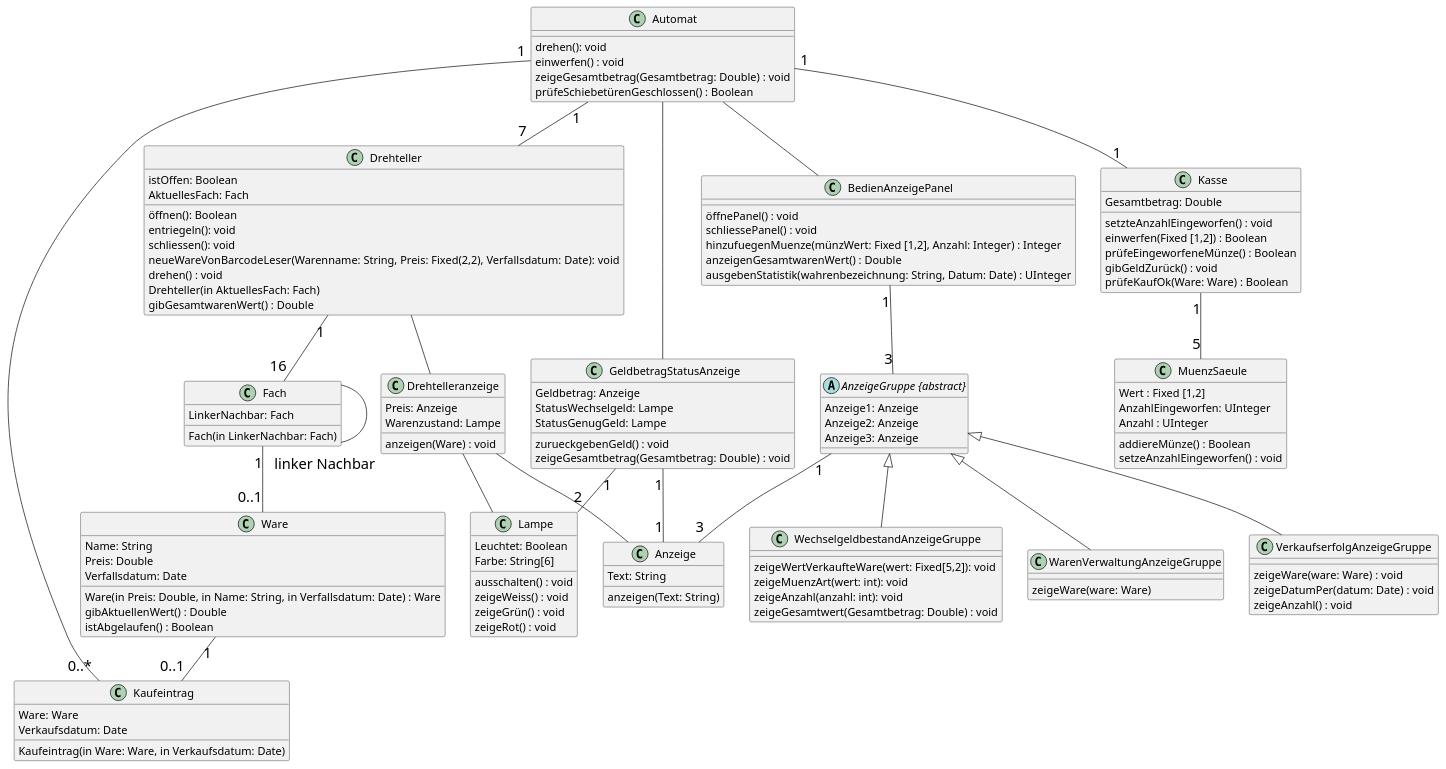
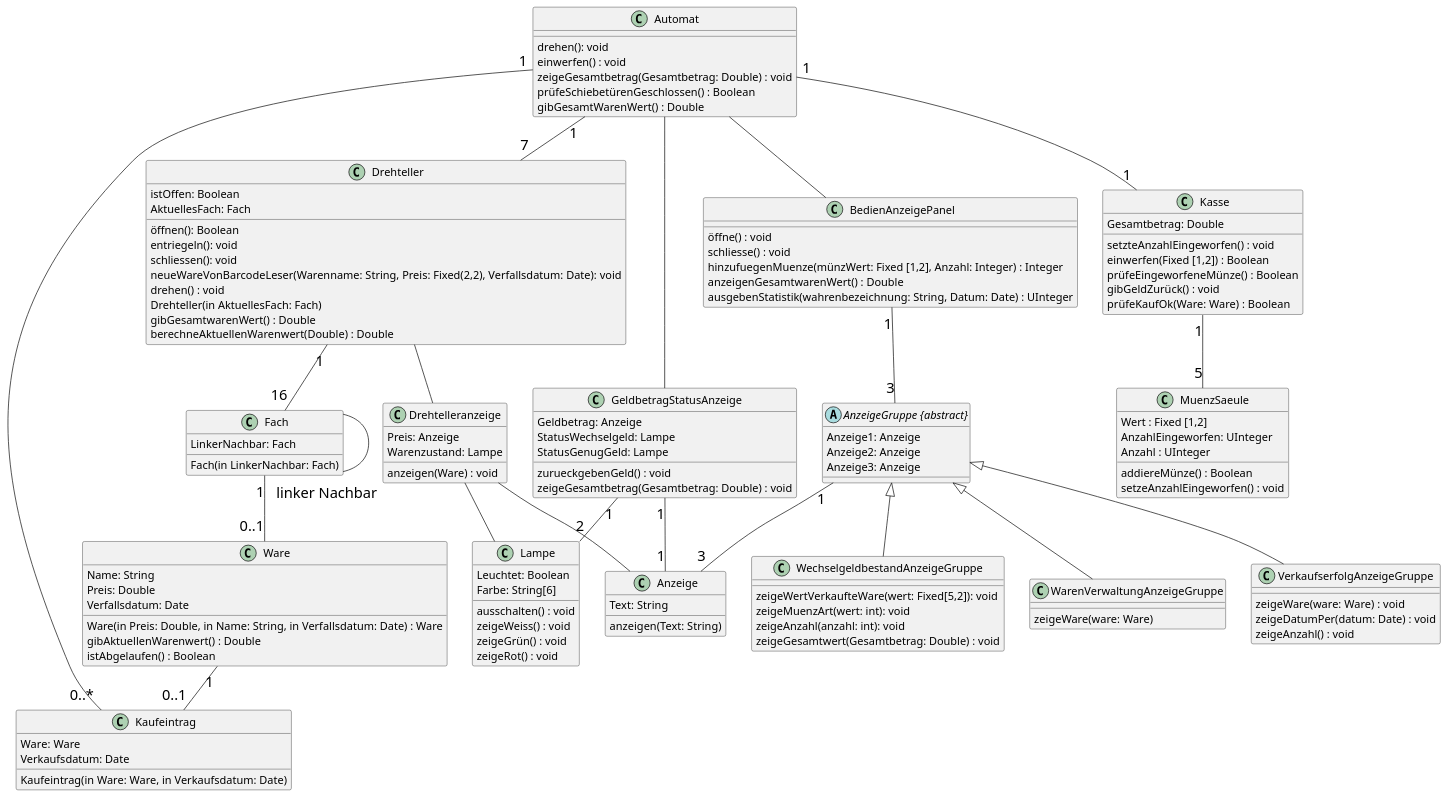
One commit to egoat/MAS-SE22_Warenautomat2022_Analyse changed the second of 5 diagrams in Warenautomat.md. Above: the diagram before and after it, drawn with PlantUML. The commit also changed other lines of this file, not shown here.

Commit message:
UpdateWarenwert sequenzdiagramm

```diff
--- a/Warenautomat.md
+++ b/Warenautomat.md
@@ -90,6 +90,7 @@
     einwerfen() : void
     zeigeGesamtbetrag(Gesamtbetrag: Double) : void
     prüfeSchiebetürenGeschlossen() : Boolean
+    gibGesamtWarenWert() : Double
 }
 
 class Drehteller {
@@ -102,6 +103,7 @@
     drehen() : void
     Drehteller(in AktuellesFach: Fach)
     gibGesamtwarenWert() : Double
+    berechneAktuellenWarenwert(Double) : Double
 }
 
 
@@ -115,7 +117,7 @@
     Preis: Double
     Verfallsdatum: Date
     Ware(in Preis: Double, in Name: String, in Verfallsdatum: Date) : Ware
-    gibAktuellenWert() : Double
+    gibAktuellenWarenwert() : Double
     istAbgelaufen() : Boolean
 }
 
@@ -157,8 +159,8 @@
 }
 
 class BedienAnzeigePanel{
-    öffnePanel() : void
-    schliessePanel() : void
+    öffne() : void
+    schliesse() : void
     hinzufuegenMuenze(münzWert: Fixed [1,2], Anzahl: Integer) : Integer
     anzeigenGesamtwarenWert() : Double
     ausgebenStatistik(wahrenbezeichnung: String, Datum: Date) : UInteger
```
